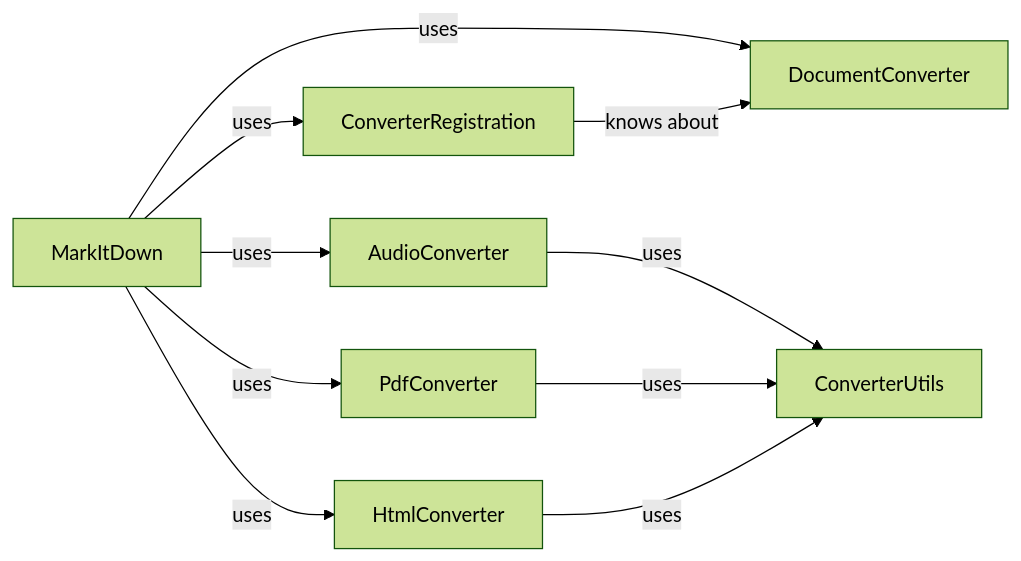
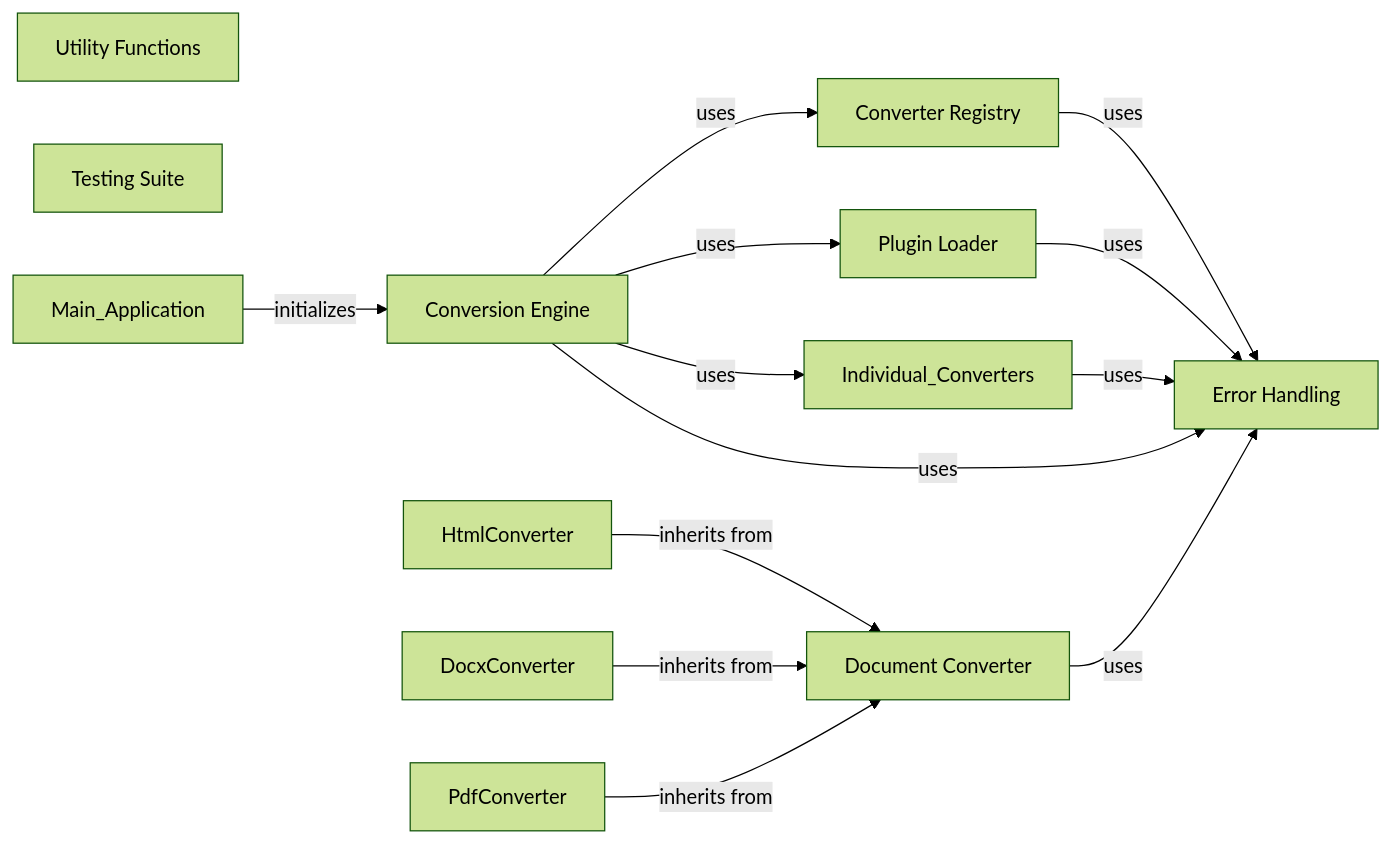
Before and after one commit to CodeBoarding/GeneratedOnBoardings: the diagram in markitdown/on_boarding.md, drawn with Mermaid (forest theme). The commit also changed other lines of this file and 5 other files, not shown here.

````diff
--- a/markitdown/on_boarding.md
+++ b/markitdown/on_boarding.md
@@ -1,22 +1,24 @@
 ```mermaid
 graph LR
-    MarkItDown["MarkItDown"]
-    ConverterRegistration["ConverterRegistration"]
-    DocumentConverter["DocumentConverter"]
-    AudioConverter["AudioConverter"]
-    PdfConverter["PdfConverter"]
-    HtmlConverter["HtmlConverter"]
-    ConverterUtils["ConverterUtils"]
-    MarkItDown -- "uses" --> ConverterRegistration
-    MarkItDown -- "uses" --> DocumentConverter
-    MarkItDown -- "uses" --> AudioConverter
-    MarkItDown -- "uses" --> PdfConverter
-    MarkItDown -- "uses" --> HtmlConverter
-    AudioConverter -- "uses" --> ConverterUtils
-    PdfConverter -- "uses" --> ConverterUtils
-    HtmlConverter -- "uses" --> ConverterUtils
-    ConverterRegistration -- "knows about" --> DocumentConverter
-    click DocumentConverter href "https://github.com/CodeBoarding/GeneratedOnBoardings/blob/main//markitdown/DocumentConverter.md" "Details"
-    click AudioConverter href "https://github.com/CodeBoarding/GeneratedOnBoardings/blob/main//markitdown/AudioConverter.md" "Details"
-    click ConverterUtils href "https://github.com/CodeBoarding/GeneratedOnBoardings/blob/main//markitdown/ConverterUtils.md" "Details"
+    Conversion_Engine["Conversion Engine"]
+    Converter_Registry["Converter Registry"]
+    Document_Converter["Document Converter"]
+    Plugin_Loader["Plugin Loader"]
+    Error_Handling["Error Handling"]
+    Utility_Functions["Utility Functions"]
+    Testing_Suite["Testing Suite"]
+    Conversion_Engine -- "uses" --> Converter_Registry
+    Conversion_Engine -- "uses" --> Plugin_Loader
+    HtmlConverter -- "inherits from" --> Document_Converter
+    DocxConverter -- "inherits from" --> Document_Converter
+    PdfConverter -- "inherits from" --> Document_Converter
+    Conversion_Engine -- "uses" --> Individual_Converters
+    Main_Application -- "initializes" --> Conversion_Engine
+    Conversion_Engine -- "uses" --> Error_Handling
+    Converter_Registry -- "uses" --> Error_Handling
+    Document_Converter -- "uses" --> Error_Handling
+    Plugin_Loader -- "uses" --> Error_Handling
+    Individual_Converters -- "uses" --> Error_Handling
+    click Conversion_Engine href "https://github.com/CodeBoarding/GeneratedOnBoardings/blob/main//markitdown/Conversion_Engine.md" "Details"
+    click Testing_Suite href "https://github.com/CodeBoarding/GeneratedOnBoardings/blob/main//markitdown/Testing_Suite.md" "Details"
 ```
````
